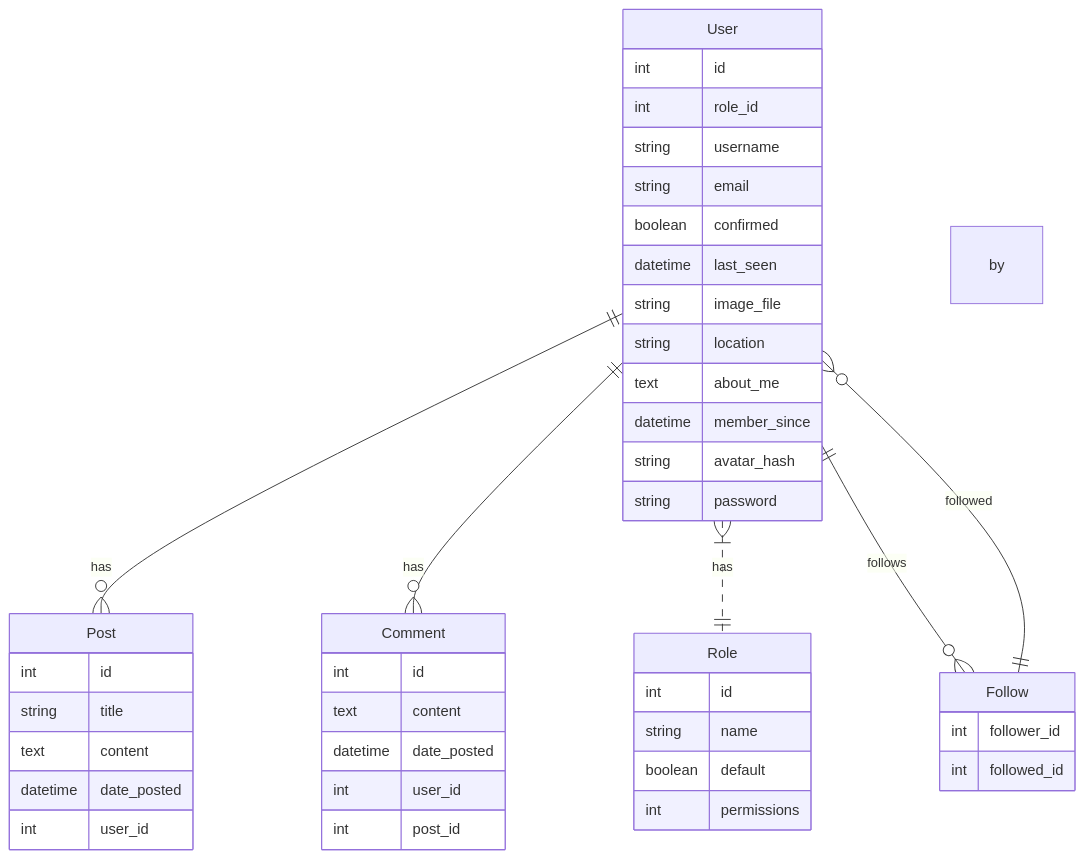
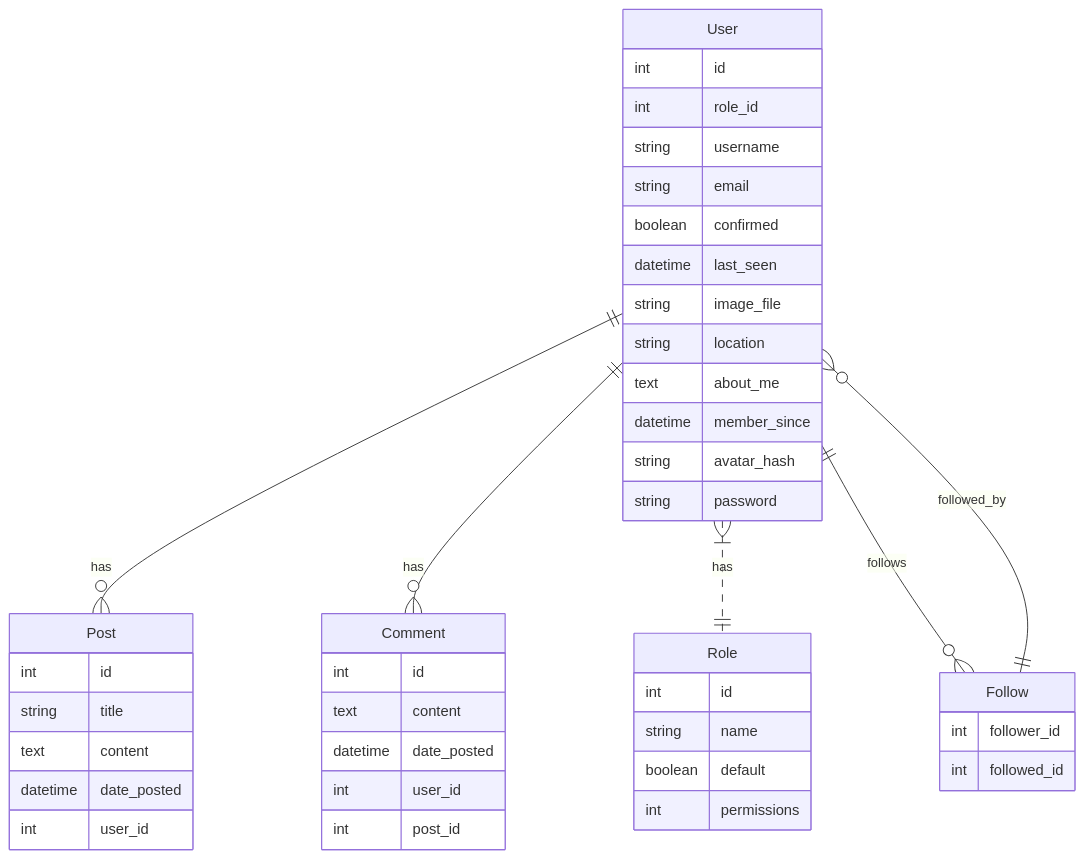
One commit to TrofimTakoiOdin/FlaskBlog changed the diagram in README.md. Above: the diagram before and after it, drawn with Mermaid.

````diff
--- a/README.md
+++ b/README.md
@@ -37,46 +37,46 @@
 ```mermaid
 erDiagram
   User ||--o{ Post : has
   User ||--o{ Comment : has
   User }|..|| Role : has
   User ||--o{ Follow : follows
-  User }o--|| Follow : followed by
+  User }o--|| Follow : followed_by
   User {
     int id
     int role_id
     string username
     string email
     boolean confirmed
     datetime last_seen
     string image_file
     string location
     text about_me
     datetime member_since
     string avatar_hash
     string password
   }
   Role {
     int id
     string name
     boolean default
     int permissions
   }
   Post {
     int id
     string title
     text content
     datetime date_posted
     int user_id
   }
   Comment {
     int id
     text content
     datetime date_posted
     int user_id
     int post_id
   }
   Follow {
     int follower_id
     int followed_id
   }
 ```
````
